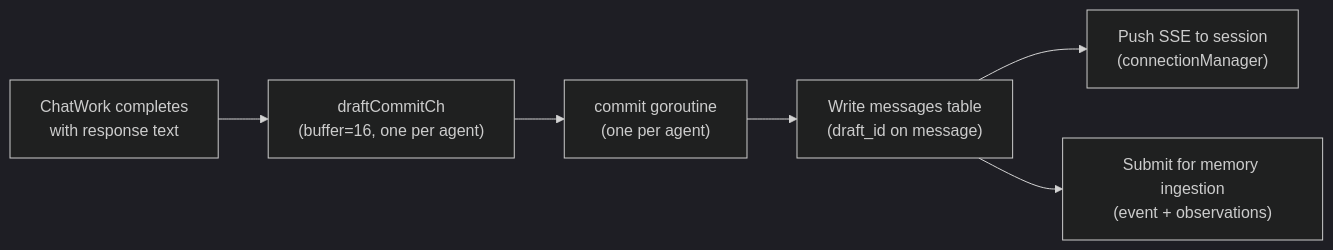
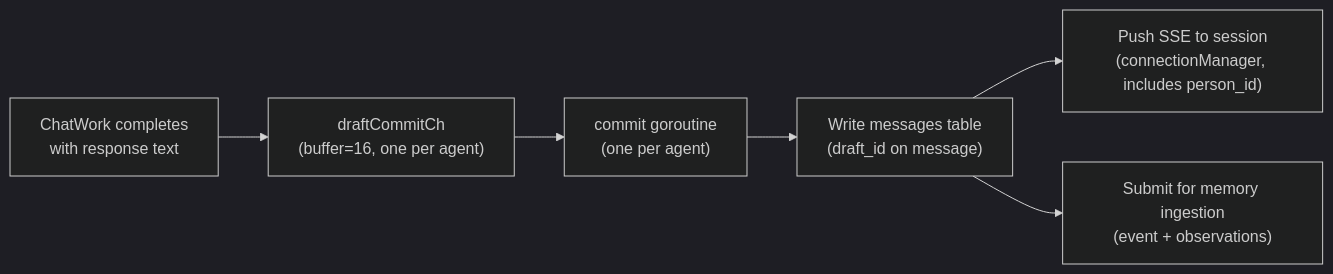
Before and after one commit to KoanJan/qingqiu-world: the tenth of 14 diagrams in doc/engineering_implements/agent-runtime-event-loop.md, drawn with Mermaid (dark theme). The commit also changed other lines of this file and 36 other files, not shown here.

````diff
--- a/doc/engineering_implements/agent-runtime-event-loop.md
+++ b/doc/engineering_implements/agent-runtime-event-loop.md
@@ -420,8 +444,8 @@
 ```mermaid
 flowchart LR
     ChatWorkDone["ChatWork completes<br/>with response text"] --> DraftCh["draftCommitCh<br/>(buffer=16, one per agent)"]
     DraftCh --> CommitGoroutine["commit goroutine<br/>(one per agent)"]
     CommitGoroutine --> WriteMsg["Write messages table<br/>(draft_id on message)"]
-    WriteMsg --> PushSSE["Push SSE to session<br/>(connectionManager)"]
+    WriteMsg --> PushSSE["Push SSE to session<br/>(connectionManager, includes person_id)"]
     WriteMsg --> Ingest["Submit for memory ingestion<br/>(event + observations)"]
 ```
````
